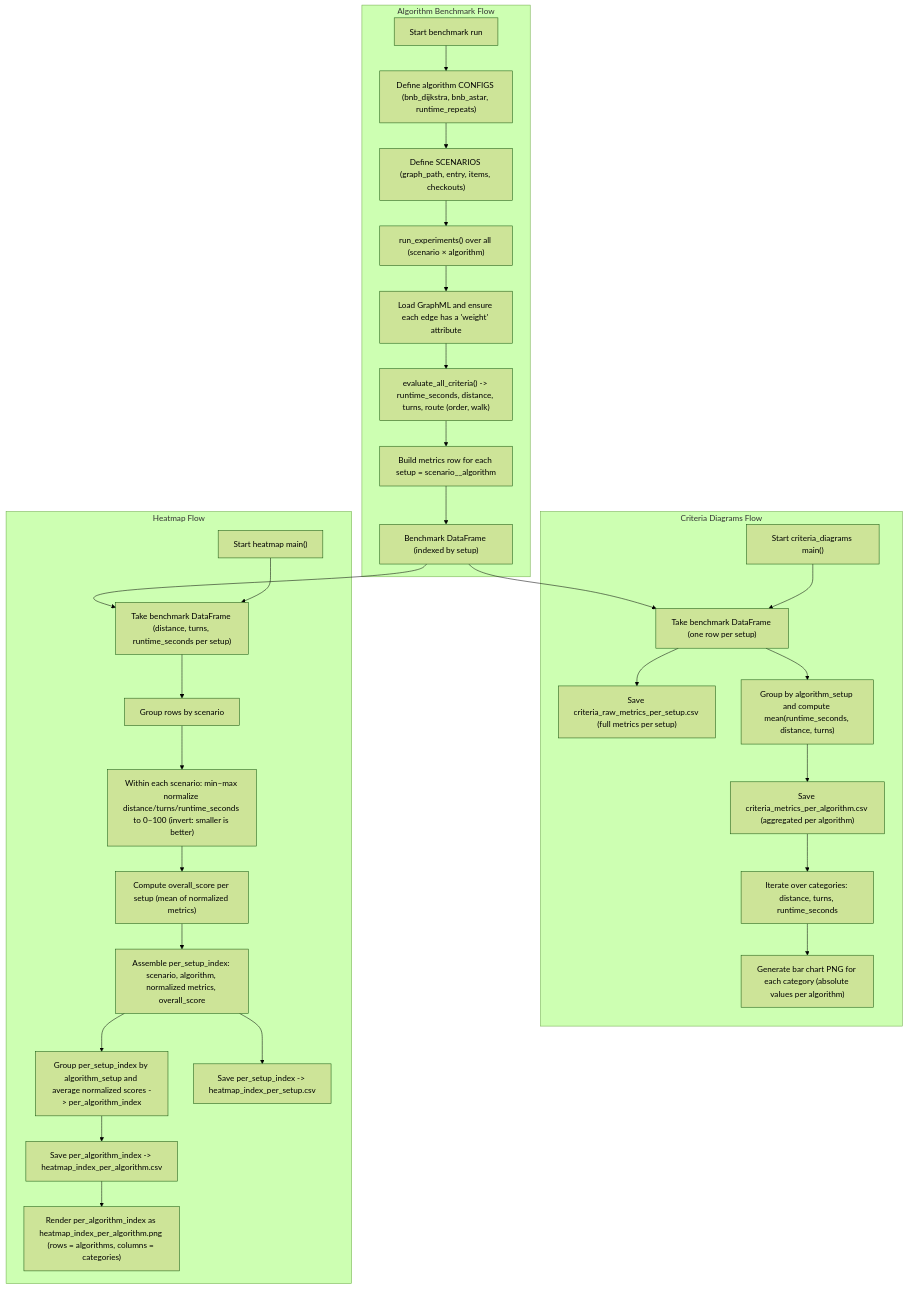
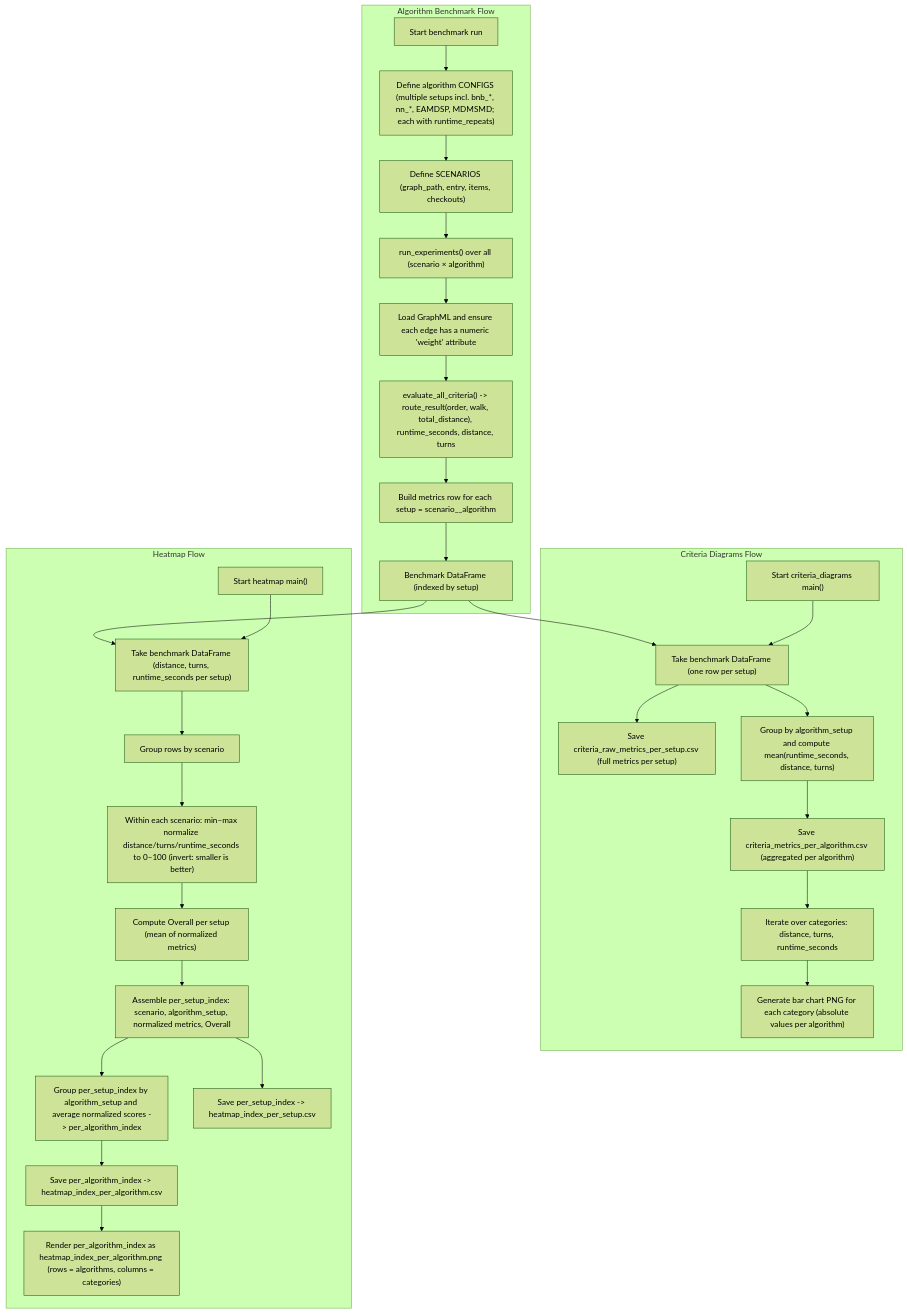
Before and after one commit to nicdia/IndoorShoppingNavigation: the second of 2 diagrams in README.md, drawn with Mermaid (forest theme).

Commit message:
updated markdown mermaid in readme

```diff
--- a/README.md
+++ b/README.md
@@ -223,16 +223,15 @@
     B_Start["Start benchmark run"]
 
     %% Configurations & Scenarios
-    B_Configs["Define algorithm CONFIGS (bnb_dijkstra, bnb_astar, runtime_repeats)"]
+    B_Configs["Define algorithm CONFIGS (multiple setups incl. bnb_*, nn_*, EAMDSP, MDMSMD; each with runtime_repeats)"]
     B_Scenarios["Define SCENARIOS (graph_path, entry, items, checkouts)"]
 
     %% Quality Benchmark: run_experiments()
     B_RunExp["run_experiments() over all (scenario × algorithm)"]
-    B_LoadGraph["Load GraphML and ensure each edge has a 'weight' attribute"]
-    B_Eval["evaluate_all_criteria() -> runtime_seconds, distance, turns, route (order, walk)"]
+    B_LoadGraph["Load GraphML and ensure each edge has a numeric 'weight' attribute"]
+    B_Eval["evaluate_all_criteria() -> route_result(order, walk, total_distance), runtime_seconds, distance, turns"]
     B_Row["Build metrics row for each setup = scenario__algorithm"]
     B_DF["Benchmark DataFrame (indexed by setup)"]
-
 
     %% Main flow: Quality Benchmark
     B_Start --> B_Configs
@@ -242,8 +241,6 @@
     B_LoadGraph --> B_Eval
     B_Eval --> B_Row
     B_Row --> B_DF
-
-
 end
 
 %% --------------------------
@@ -285,8 +282,8 @@
     %% Step 1: Scenario-specific normalization
     H_GroupScenario["Group rows by scenario"]
     H_NormMetrics["Within each scenario: min–max normalize distance/turns/runtime_seconds to 0–100 (invert: smaller is better)"]
-    H_OverallIndex["Compute overall_score per setup (mean of normalized metrics)"]
-    H_PerSetup["Assemble per_setup_index: scenario, algorithm, normalized metrics, overall_score"]
+    H_OverallIndex["Compute Overall per setup (mean of normalized metrics)"]
+    H_PerSetup["Assemble per_setup_index: scenario, algorithm_setup, normalized metrics, Overall"]
 
     %% Step 2: Aggregate across scenarios
     H_PerAlgo["Group per_setup_index by algorithm_setup and average normalized scores -> per_algorithm_index"]
```
